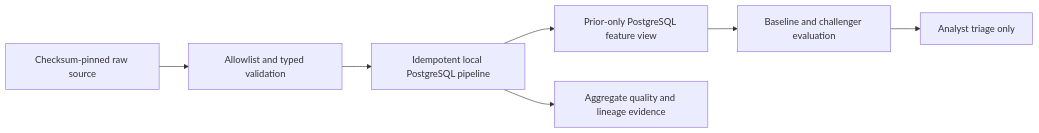
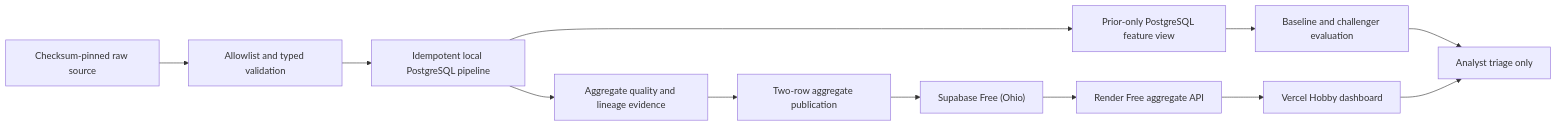
One commit to vaibhavkhuranaaa/payments-fraud-risk-data-platform changed the diagram in architecture/system.mmd. Above: the diagram before and after it, drawn with Mermaid. The commit also changed 6 other files, not shown here.

```diff
--- a/architecture/system.mmd
+++ b/architecture/system.mmd
@@ -1,7 +1,12 @@
 flowchart LR
   A["Checksum-pinned raw source"] --> B["Allowlist and typed validation"]
   B --> C["Idempotent local PostgreSQL pipeline"]
   C --> D["Prior-only PostgreSQL feature view"]
   D --> E["Baseline and challenger evaluation"]
   C --> F["Aggregate quality and lineage evidence"]
   E --> G["Analyst triage only"]
+  F --> H["Two-row aggregate publication"]
+  H --> I["Supabase Free (Ohio)"]
+  I --> J["Render Free aggregate API"]
+  J --> K["Vercel Hobby dashboard"]
+  K --> G
```
